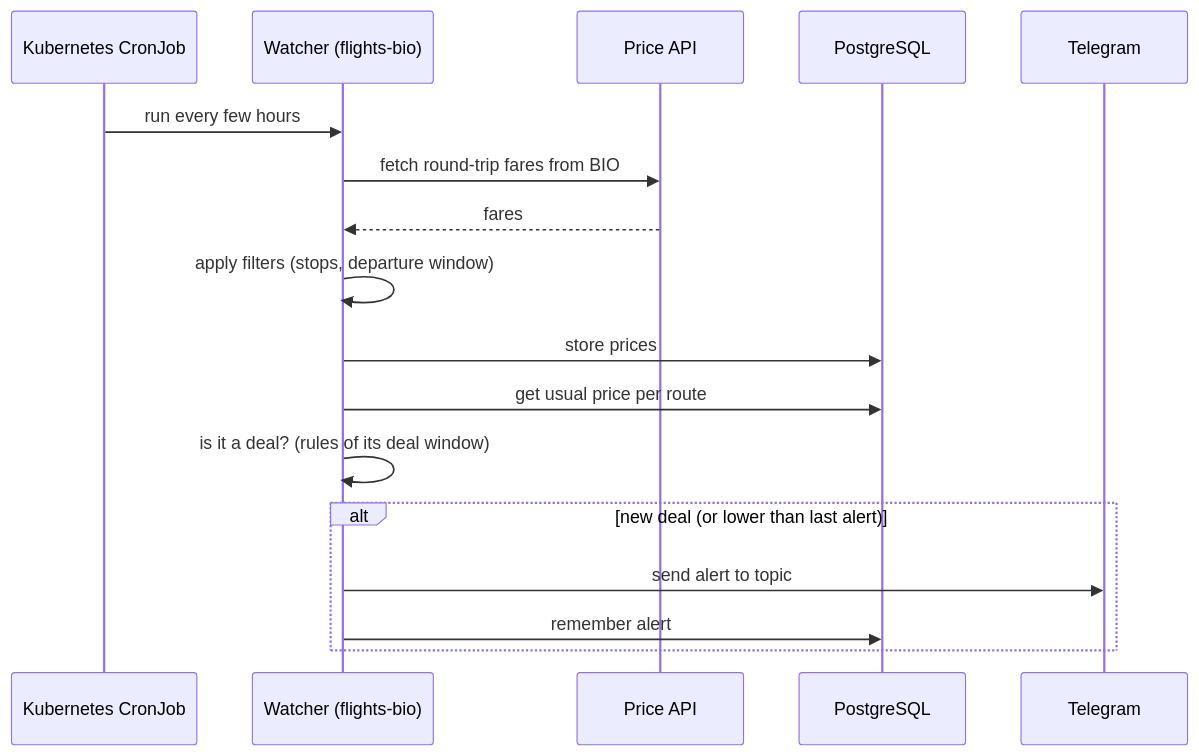
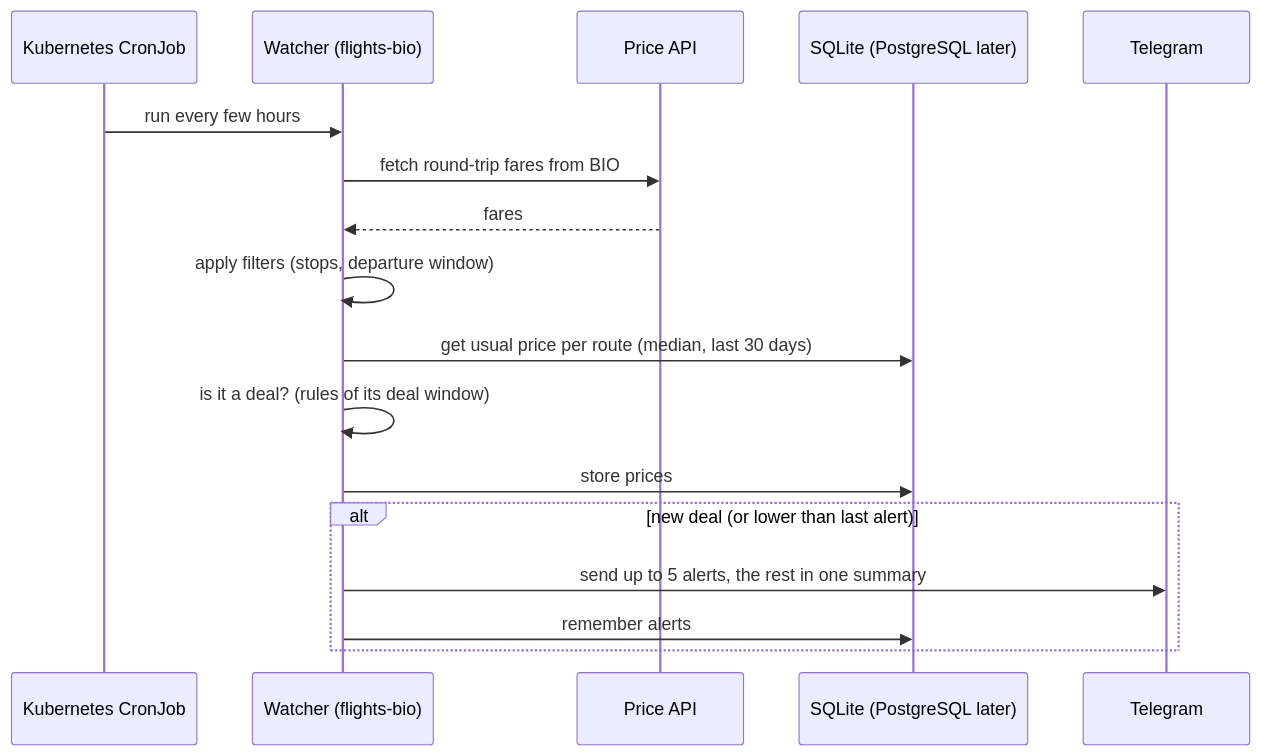
Before and after one commit to borjaviadero/bilbao-flight-deals: the first of 2 diagrams in docs/architecture.md, drawn with Mermaid. The commit also changed other lines of this file and 15 other files, not shown here.

First line of the commit message:
feat: add price history, deal rules and alert planning

````diff
--- a/docs/architecture.md
+++ b/docs/architecture.md
@@ -16,20 +16,20 @@
 ```mermaid
 sequenceDiagram
     participant K as Kubernetes CronJob
     participant W as Watcher (flights-bio)
     participant API as Price API
-    participant DB as PostgreSQL
+    participant DB as SQLite (PostgreSQL later)
     participant TG as Telegram
 
     K->>W: run every few hours
     W->>API: fetch round-trip fares from BIO
     API-->>W: fares
     W->>W: apply filters (stops, departure window)
+    W->>DB: get usual price per route (median, last 30 days)
+    W->>W: is it a deal? (rules of its deal window)
     W->>DB: store prices
-    W->>DB: get usual price per route
-    W->>W: is it a deal? (rules of its deal window)
     alt new deal (or lower than last alert)
-        W->>TG: send alert to topic
-        W->>DB: remember alert
+        W->>TG: send up to 5 alerts, the rest in one summary
+        W->>DB: remember alerts
     end
 ```
````
